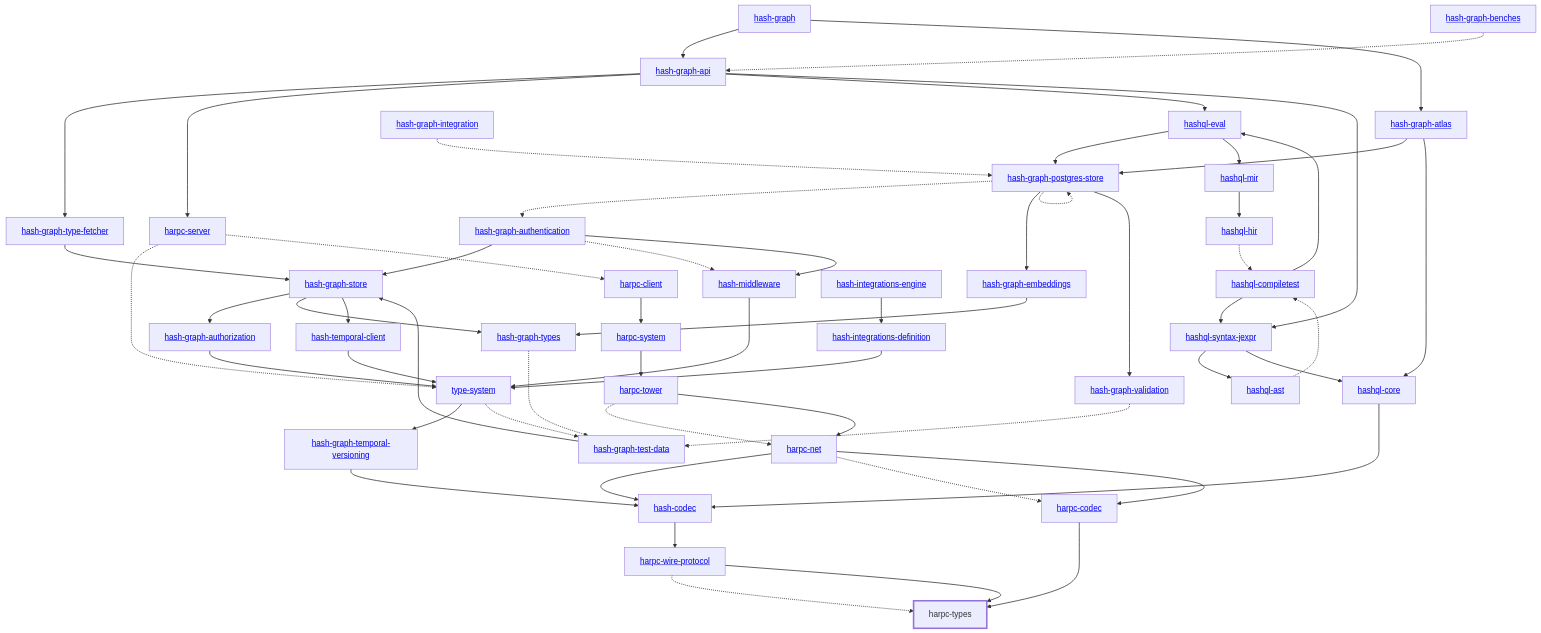
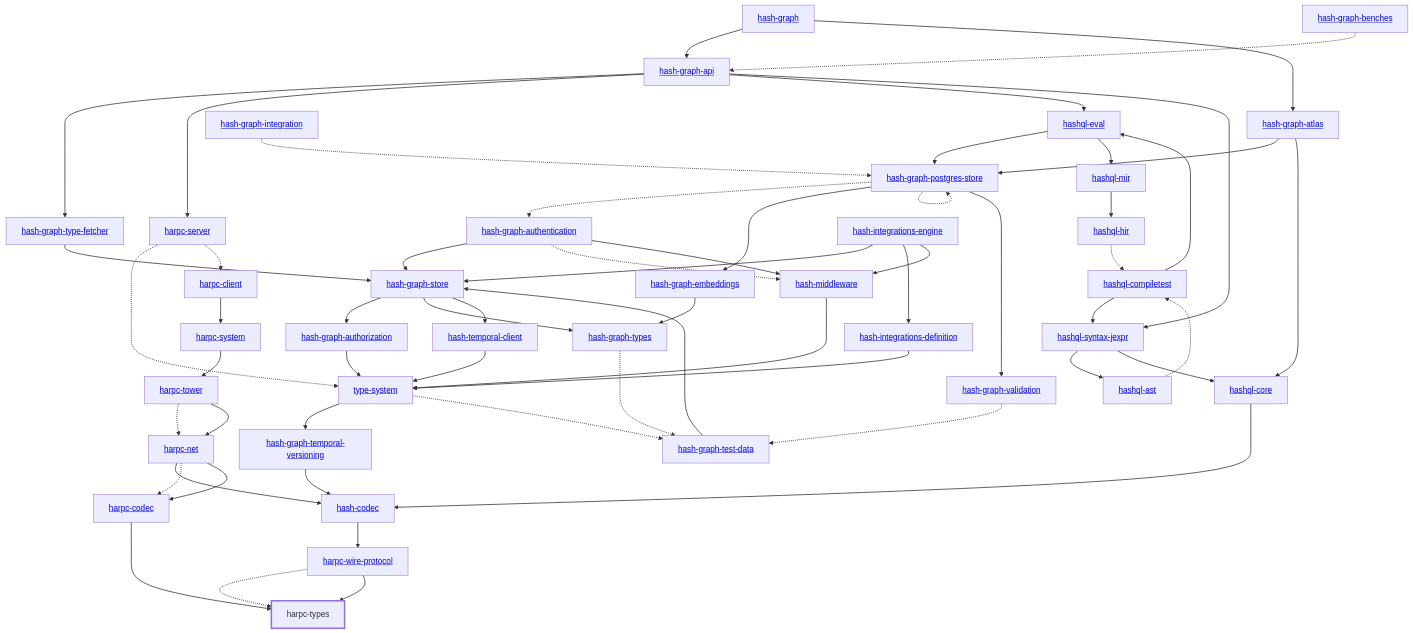
One commit to hashintel/hash changed the diagram in libs/@local/harpc/types/docs/dependency-diagram.mmd. Above: the diagram before and after it, drawn with Mermaid. The commit also changed 21 other files, not shown here.

```diff
--- a/libs/@local/harpc/types/docs/dependency-diagram.mmd
+++ b/libs/@local/harpc/types/docs/dependency-diagram.mmd
@@ -1,103 +1,105 @@
 graph TD
     linkStyle default stroke-width:1.5px
     classDef default stroke-width:1px
     classDef root stroke-width:3px
     classDef dev stroke-width:1px
     classDef build stroke-width:1px
     %% Legend
     %% --> : Normal dependency
     %% -.-> : Dev dependency
     %% ---> : Build dependency
     0[<a href="../hash_graph/index.html">hash-graph</a>]
     1[<a href="../type_system/index.html">type-system</a>]
     2[<a href="../hash_codec/index.html">hash-codec</a>]
     3[<a href="../hash_graph_api/index.html">hash-graph-api</a>]
     4[<a href="../hash_graph_atlas/index.html">hash-graph-atlas</a>]
     5[<a href="../hash_graph_authentication/index.html">hash-graph-authentication</a>]
     6[<a href="../hash_graph_authorization/index.html">hash-graph-authorization</a>]
     7[<a href="../hash_graph_embeddings/index.html">hash-graph-embeddings</a>]
     8[<a href="../hash_graph_postgres_store/index.html">hash-graph-postgres-store</a>]
     9[<a href="../hash_graph_store/index.html">hash-graph-store</a>]
     10[<a href="../hash_graph_temporal_versioning/index.html">hash-graph-temporal-versioning</a>]
     11[<a href="../hash_graph_type_fetcher/index.html">hash-graph-type-fetcher</a>]
     12[<a href="../hash_graph_types/index.html">hash-graph-types</a>]
     13[<a href="../hash_graph_validation/index.html">hash-graph-validation</a>]
     14[<a href="../harpc_client/index.html">harpc-client</a>]
     15[<a href="../harpc_codec/index.html">harpc-codec</a>]
     16[<a href="../harpc_net/index.html">harpc-net</a>]
     17[<a href="../harpc_server/index.html">harpc-server</a>]
     18[<a href="../harpc_system/index.html">harpc-system</a>]
     19[<a href="../harpc_tower/index.html">harpc-tower</a>]
     20[harpc-types]
     class 20 root
     21[<a href="../harpc_wire_protocol/index.html">harpc-wire-protocol</a>]
     22[<a href="../hashql_ast/index.html">hashql-ast</a>]
     23[<a href="../hashql_compiletest/index.html">hashql-compiletest</a>]
     24[<a href="../hashql_core/index.html">hashql-core</a>]
     25[<a href="../hashql_eval/index.html">hashql-eval</a>]
     26[<a href="../hashql_hir/index.html">hashql-hir</a>]
     27[<a href="../hashql_mir/index.html">hashql-mir</a>]
     28[<a href="../hashql_syntax_jexpr/index.html">hashql-syntax-jexpr</a>]
     29[<a href="../hash_integrations_definition/index.html">hash-integrations-definition</a>]
     30[<a href="../hash_integrations_engine/index.html">hash-integrations-engine</a>]
     31[<a href="../hash_middleware/index.html">hash-middleware</a>]
     32[<a href="../hash_temporal_client/index.html">hash-temporal-client</a>]
     33[<a href="../hash_graph_benches/index.html">hash-graph-benches</a>]
     34[<a href="../hash_graph_integration/index.html">hash-graph-integration</a>]
     35[<a href="../hash_graph_test_data/index.html">hash-graph-test-data</a>]
     0 --> 3
     0 --> 4
     1 --> 10
     1 -.-> 35
     2 --> 21
     3 --> 11
     3 --> 17
     3 --> 25
     3 --> 28
     4 --> 8
     4 --> 24
     5 --> 9
     5 -.-> 31
     5 --> 31
     6 --> 1
     7 --> 12
     8 -.-> 5
     8 --> 7
     8 -.-> 8
     8 --> 13
     9 --> 6
     9 --> 12
     9 --> 32
     10 --> 2
     11 --> 9
     12 -.-> 35
     13 -.-> 35
     14 --> 18
     15 --> 20
     16 --> 2
     16 -.-> 15
     16 --> 15
     17 -.-> 1
     17 -.-> 14
     18 --> 19
     19 -.-> 16
     19 --> 16
     21 -.-> 20
     21 --> 20
     22 -.-> 23
     23 --> 25
     23 --> 28
     24 --> 2
     25 --> 8
     25 --> 27
     26 -.-> 23
     27 --> 26
     28 --> 22
     28 --> 24
     29 --> 1
+    30 --> 9
     30 --> 29
+    30 --> 31
     31 --> 1
     32 --> 1
     33 -.-> 3
     34 -.-> 8
     35 --> 9
```
